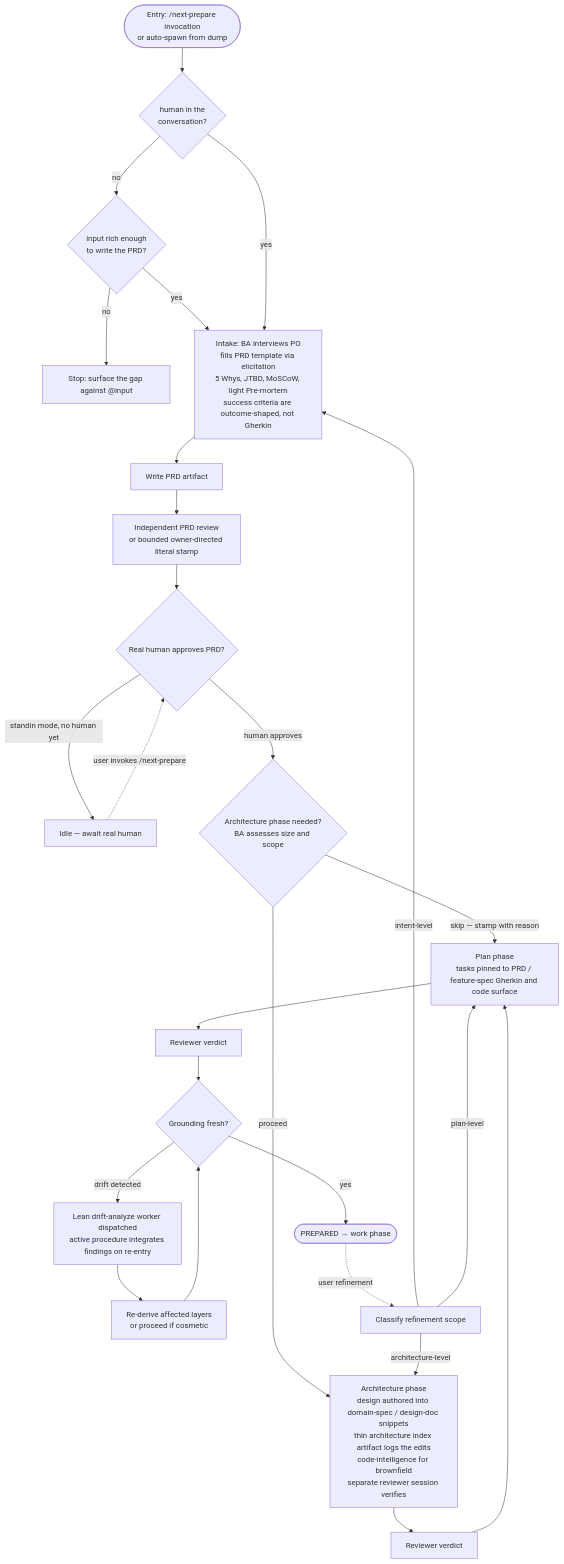
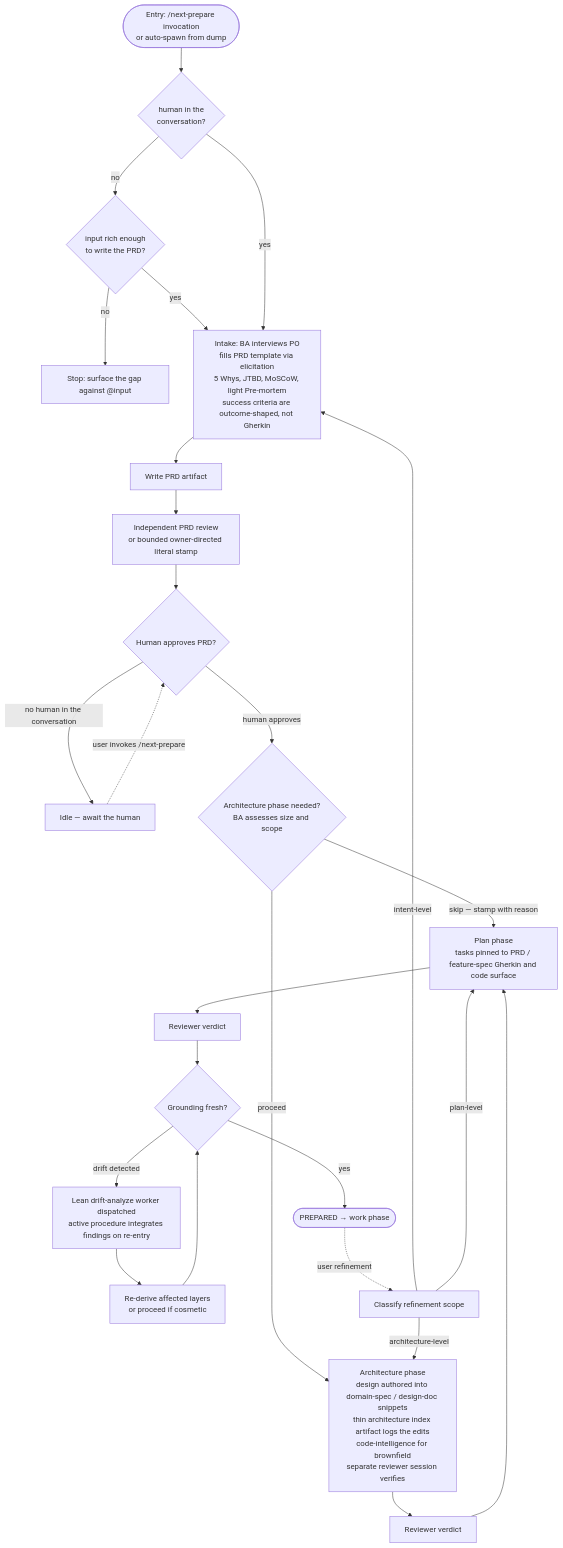
One commit to InstruktAI/TeleClaude changed the diagram in docs/project/design/architecture/prepare-flow.md. Above: the diagram before and after it, drawn with Mermaid. The commit also changed other lines of this file and 1 other file, not shown here.

````diff
--- a/docs/project/design/architecture/prepare-flow.md
+++ b/docs/project/design/architecture/prepare-flow.md
@@ -73,44 +73,44 @@
 ```mermaid
 flowchart TD
     Entry([Entry: /next-prepare invocation<br/>or auto-spawn from dump])
     Entry --> ModeCheck{human in the<br/>conversation?}
 
     ModeCheck -->|no| InputOnly{input rich enough<br/>to write the PRD?}
     InputOnly -->|no| StopSparse[Stop: surface the gap against @input]
     InputOnly -->|yes| Intake
     ModeCheck -->|yes| Intake
 
     Intake[Intake: BA interviews PO<br/>fills PRD template via elicitation<br/>5 Whys, JTBD, MoSCoW, light Pre-mortem<br/>success criteria are outcome-shaped, not Gherkin]
 
     Intake --> WritePRD[Write PRD artifact]
     WritePRD --> PRDReview[Independent PRD review<br/>or bounded owner-directed literal stamp]
-    PRDReview --> PRDApprove{Real human approves PRD?}
+    PRDReview --> PRDApprove{Human approves PRD?}
 
-    PRDApprove -->|standin mode, no human yet| Idle[Idle — await real human]
+    PRDApprove -->|no human in the conversation| Idle[Idle — await the human]
     PRDApprove -->|human approves| AssessArch
 
     Idle -.user invokes /next-prepare.-> PRDApprove
 
     AssessArch{Architecture phase needed?<br/>BA assesses size and scope}
     AssessArch -->|skip — stamp with reason| PlanPhase
     AssessArch -->|proceed| ArchPhase
 
     ArchPhase[Architecture phase<br/>design authored into domain-spec / design-doc snippets<br/>thin architecture index artifact logs the edits<br/>code-intelligence for brownfield<br/>separate reviewer session verifies]
     ArchPhase --> ArchReview[Reviewer verdict]
     ArchReview --> PlanPhase
 
     PlanPhase[Plan phase<br/>tasks pinned to PRD / feature-spec Gherkin and code surface]
     PlanPhase --> PlanReview[Reviewer verdict]
     PlanReview --> Grounding{Grounding fresh?}
 
     Grounding -->|yes| Prepared([PREPARED → work phase])
     Grounding -->|drift detected| DriftWorker[Lean drift-analyze worker dispatched<br/>active procedure integrates findings on re-entry]
     DriftWorker --> Plan[Re-derive affected layers<br/>or proceed if cosmetic]
     Plan --> Grounding
 
     %% Refinement
     Prepared -.user refinement.-> RefineClassify[Classify refinement scope]
     RefineClassify -->|intent-level| Intake
     RefineClassify -->|architecture-level| ArchPhase
     RefineClassify -->|plan-level| PlanPhase
 ```
````
